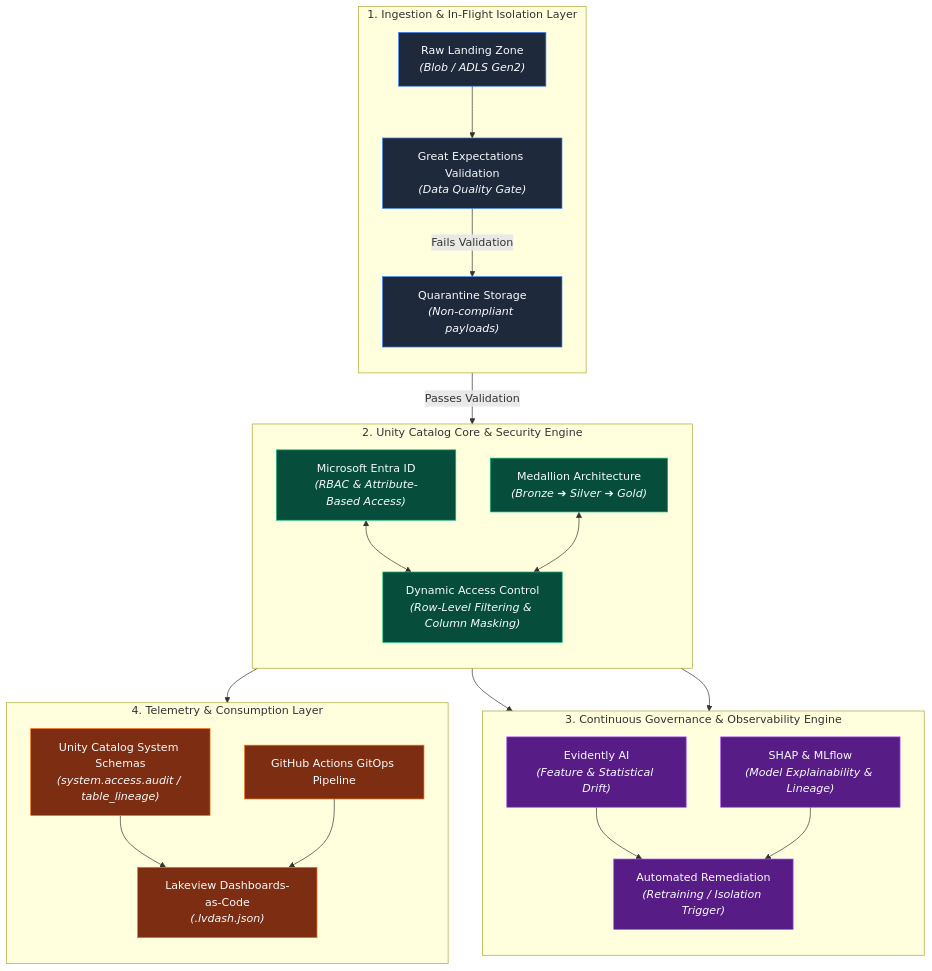
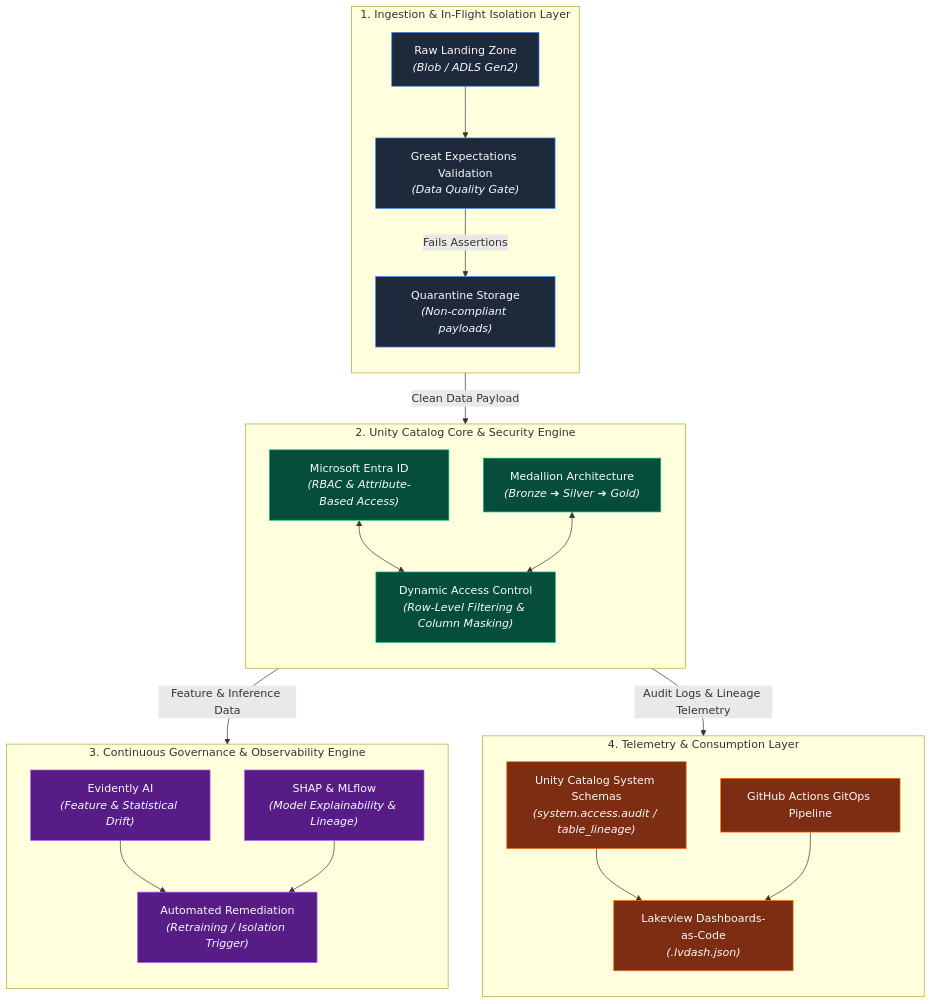
Before and after one commit to vrrgithub1/ai-governance-control-tower: the diagram in docs/architecture/03 Architecture Overview.md, drawn with Mermaid.

Commit message:
Update 03 Architecture Overview.md

````diff
--- a/docs/architecture/03 Architecture Overview.md
+++ b/docs/architecture/03 Architecture Overview.md
@@ -15,66 +15,65 @@
 ```mermaid
 graph TD
     %% Main Layout Direction
     direction TB
 
-    %% Layer 1: Ingestion & In-Flight
+    %% Layer 1: Ingestion
     subgraph L1 ["1. Ingestion & In-Flight Isolation Layer"]
         direction TB
         RawData["Raw Landing Zone<br><i>(Blob / ADLS Gen2)</i>"]
         GE_Gate["Great Expectations Validation<br><i>(Data Quality Gate)</i>"]
         Quarantine["Quarantine Storage<br><i>(Non-compliant payloads)</i>"]
         
         RawData --> GE_Gate
-        GE_Gate -- "Fails Validation" --> Quarantine
+        GE_Gate -- "Fails Assertions" --> Quarantine
     end
 
     %% Layer 2: Unity Catalog Core
     subgraph L2 ["2. Unity Catalog Core & Security Engine"]
         direction TB
         Medallion["Medallion Architecture<br><i>(Bronze ➔ Silver ➔ Gold)</i>"]
         RLS_Masking["Dynamic Access Control<br><i>(Row-Level Filtering & Column Masking)</i>"]
         EntraID["Microsoft Entra ID<br><i>(RBAC & Attribute-Based Access)</i>"]
         
         EntraID <--> RLS_Masking
         Medallion <--> RLS_Masking
     end
 
     %% Layer 3: Observability Engine
     subgraph L3 ["3. Continuous Governance & Observability Engine"]
         direction TB
         Evidently["Evidently AI<br><i>(Feature & Statistical Drift)</i>"]
         SHAP["SHAP & MLflow<br><i>(Model Explainability & Lineage)</i>"]
         Alerts["Automated Remediation<br><i>(Retraining / Isolation Trigger)</i>"]
         
         Evidently --> Alerts
         SHAP --> Alerts
     end
 
     %% Layer 4: Telemetry & Consumption
     subgraph L4 ["4. Telemetry & Consumption Layer"]
         direction TB
         SysSchema["Unity Catalog System Schemas<br><i>(system.access.audit / table_lineage)</i>"]
         Dashboards["Lakeview Dashboards-as-Code<br><i>(.lvdash.json)</i>"]
         CI_CD["GitHub Actions GitOps Pipeline"]
 
         SysSchema --> Dashboards
         CI_CD --> Dashboards
     end
 
-    %% Cross-Layer Flows
-    GE_Gate -- "Passes Validation" --> Medallion
-    Medallion --> Evidently
-    Medallion --> SHAP
-    Medallion --> SysSchema
+    %% Clear Inter-Layer Dependencies (Layer-to-Layer Flows)
+    L1 -- "Clean Data Payload" --> L2
+    L2 -- "Feature & Inference Data" --> L3
+    L2 -- "Audit Logs & Lineage Telemetry" --> L4
 
     %% Styling
     classDef l1Style fill:#1e293b,stroke:#3b82f6,color:#f8fafc;
     classDef l2Style fill:#064e3b,stroke:#10b981,color:#f8fafc;
     classDef l3Style fill:#581c87,stroke:#a855f7,color:#f8fafc;
     classDef l4Style fill:#7c2d12,stroke:#f97316,color:#f8fafc;
 
     class RawData,GE_Gate,Quarantine l1Style;
     class Medallion,RLS_Masking,EntraID l2Style;
     class Evidently,SHAP,Alerts l3Style;
     class SysSchema,Dashboards,CI_CD l4Style;
 ```
````
